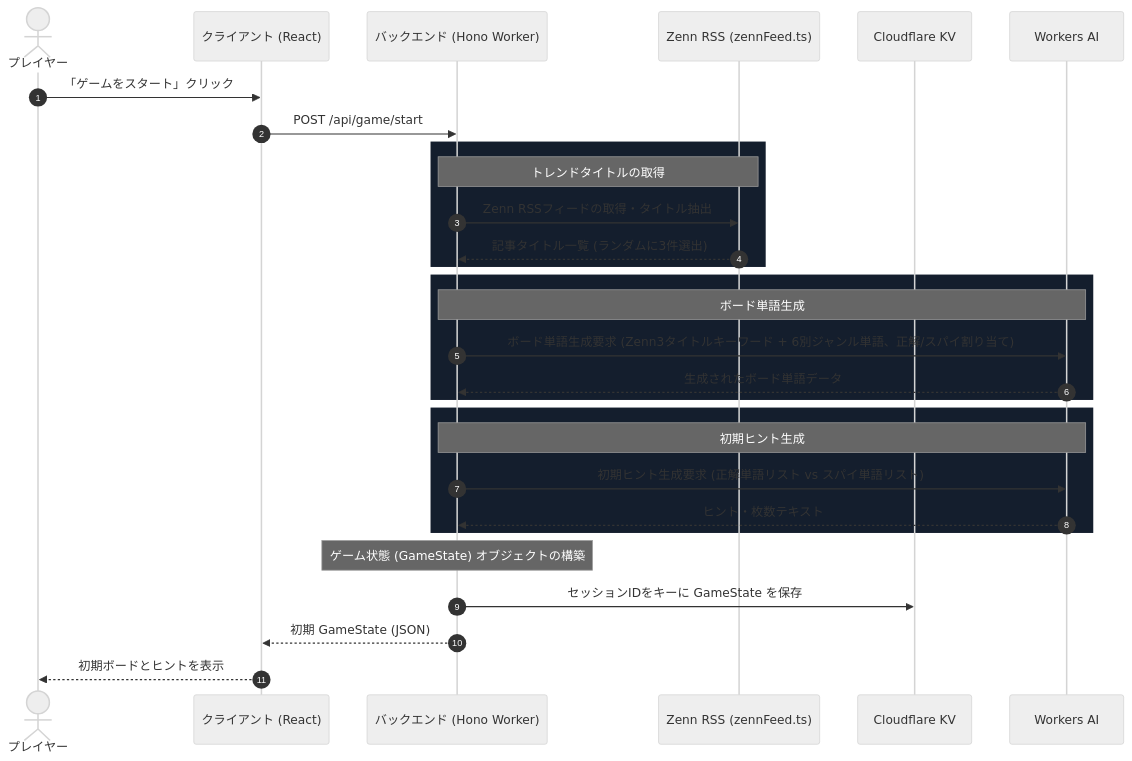
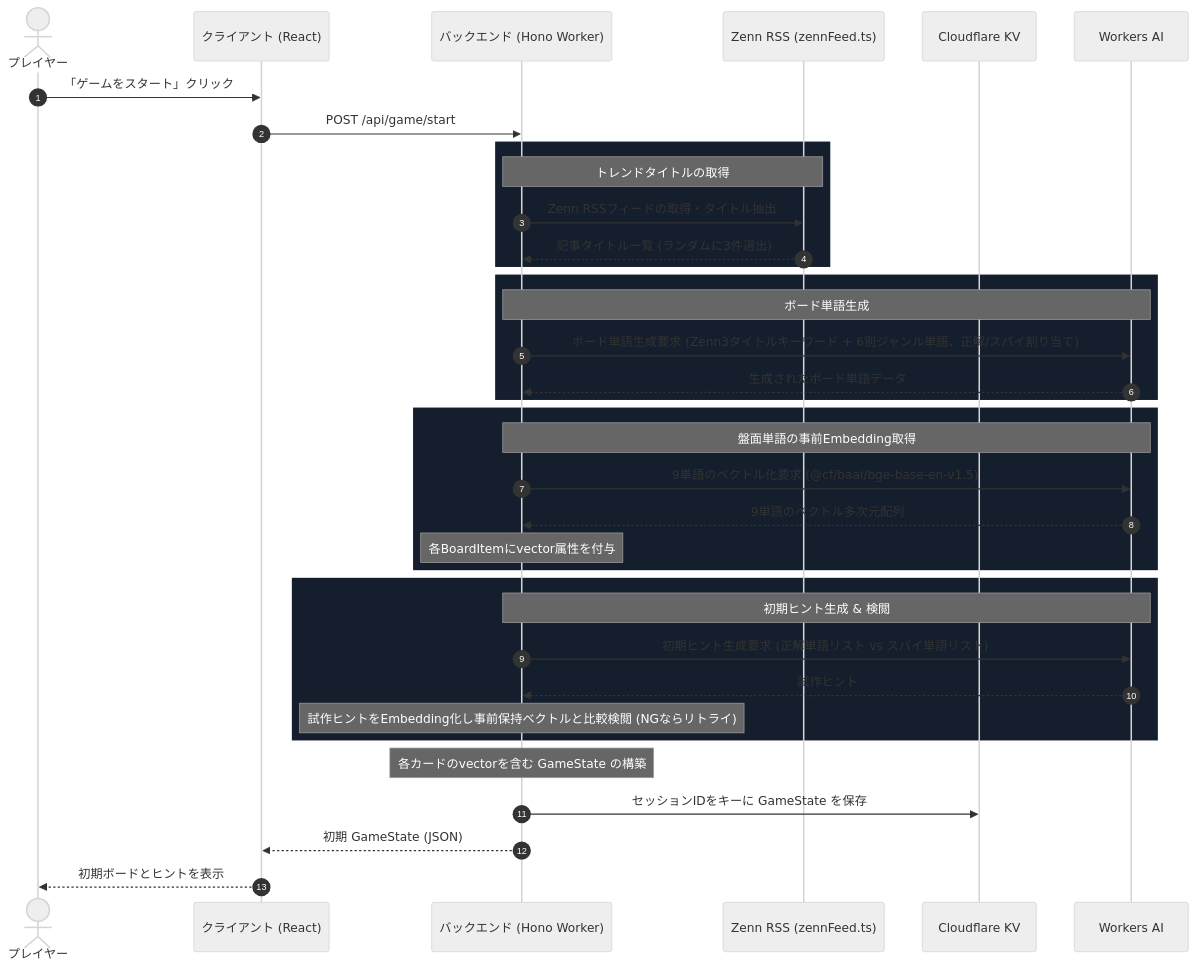
Before and after one commit to Eztas/cloude: the second of 3 diagrams in docs/architecture.md, drawn with Mermaid (neutral theme). The commit also changed other lines of this file, not shown here.

````diff
--- a/docs/architecture.md
+++ b/docs/architecture.md
@@ -88,36 +88,44 @@
 ```mermaid
 sequenceDiagram
     autonumber
     actor User as プレイヤー
     participant Client as クライアント (React)
     participant Worker as バックエンド (Hono Worker)
     participant Zenn as Zenn RSS (zennFeed.ts)
     participant KV as Cloudflare KV
     participant AI as Workers AI
 
     User ->> Client: 「ゲームをスタート」クリック
     Client ->> Worker: POST /api/game/start
     
     rect rgb(20, 30, 45)
         Note over Worker, Zenn: トレンドタイトルの取得
         Worker ->> Zenn: Zenn RSSフィードの取得・タイトル抽出
         Zenn -->> Worker: 記事タイトル一覧 (ランダムに3件選出)
     end
 
     rect rgb(20, 30, 45)
         Note over Worker, AI: ボード単語生成
         Worker ->> AI: ボード単語生成要求 (Zenn3タイトルキーワード + 6別ジャンル単語、正解/スパイ割り当て)
         AI -->> Worker: 生成されたボード単語データ
     end
 
     rect rgb(20, 30, 45)
-        Note over Worker, AI: 初期ヒント生成
-        Worker ->> AI: 初期ヒント生成要求 (正解単語リスト vs スパイ単語リスト)
-        AI -->> Worker: ヒント・枚数テキスト
+        Note over Worker, AI: 盤面単語の事前Embedding取得
+        Worker ->> AI: 9単語のベクトル化要求 (@cf/baai/bge-base-en-v1.5)
+        AI -->> Worker: 9単語のベクトル多次元配列
+        Note over Worker: 各BoardItemにvector属性を付与
     end
 
-    Note over Worker: ゲーム状態 (GameState) オブジェクトの構築
+    rect rgb(20, 30, 45)
+        Note over Worker, AI: 初期ヒント生成 & 検閲
+        Worker ->> AI: 初期ヒント生成要求 (正解単語リスト vs スパイ単語リスト)
+        AI -->> Worker: 試作ヒント
+        Note over Worker: 試作ヒントをEmbedding化し事前保持ベクトルと比較検閲 (NGならリトライ)
+    end
+
+    Note over Worker: 各カードのvectorを含む GameState の構築
     Worker ->> KV: セッションIDをキーに GameState を保存
     Worker -->> Client: 初期 GameState (JSON)
     Client -->> User: 初期ボードとヒントを表示
 ```
````
